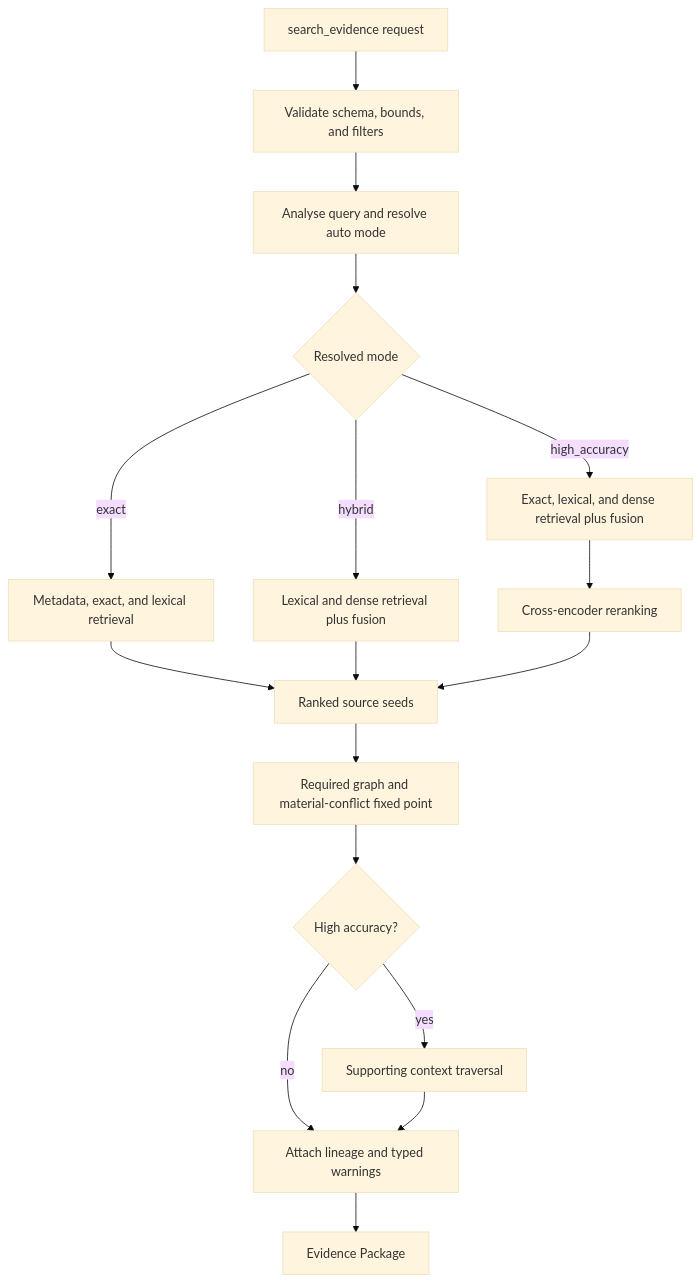
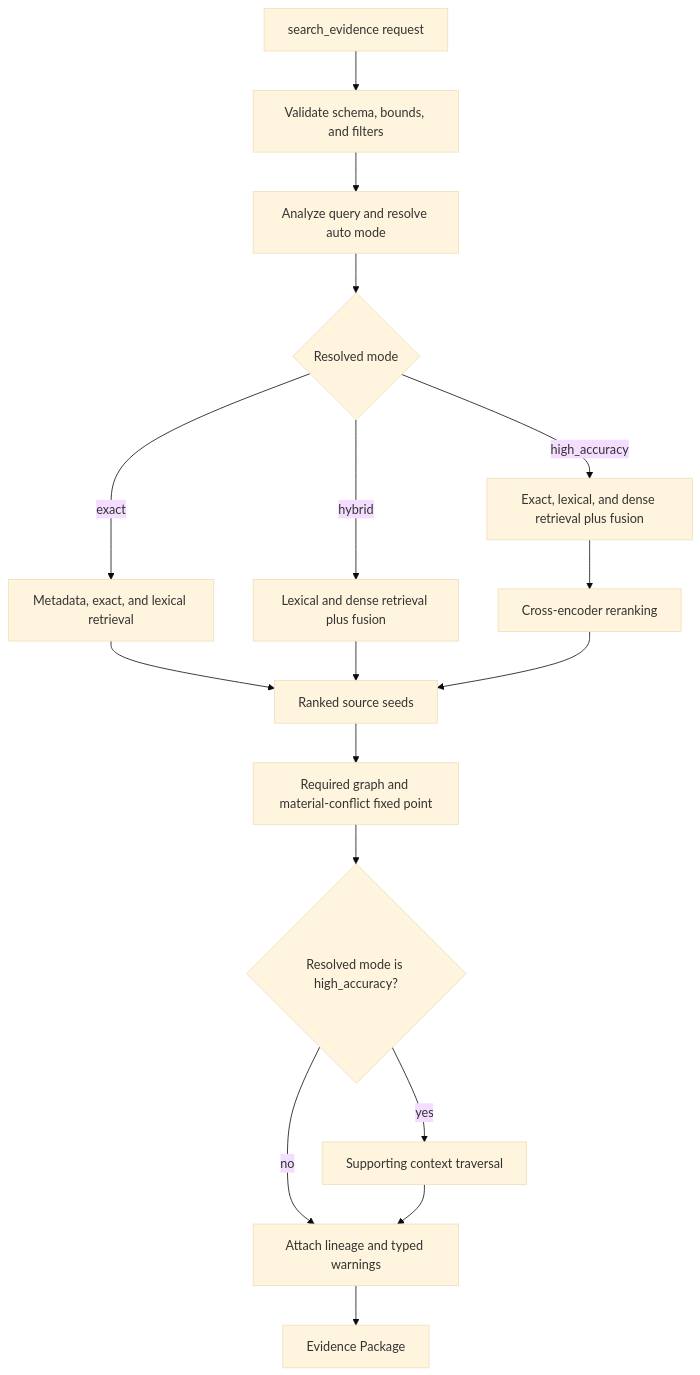
The fourth of 11 diagrams in docs/design.md (grammy-jiang/clause-sift), drawn with Mermaid (base theme) before and after one commit. The commit also changed other lines of this file, not shown here.

Commit message:
docs(design): align diagram terminology

````diff
--- a/docs/design.md
+++ b/docs/design.md
@@ -969,19 +969,19 @@
 ```mermaid
 flowchart TD
     REQ[search_evidence request] --> VALID[Validate schema, bounds, and filters]
-    VALID --> ANALYSE[Analyse query and resolve auto mode]
-    ANALYSE --> MODE{Resolved mode}
+    VALID --> ANALYZE[Analyze query and resolve auto mode]
+    ANALYZE --> MODE{Resolved mode}
     MODE -->|exact| EXACT[Metadata, exact, and lexical retrieval]
     MODE -->|hybrid| HYBRID[Lexical and dense retrieval plus fusion]
     MODE -->|high_accuracy| HIGH[Exact, lexical, and dense retrieval plus fusion]
     HIGH --> RERANK[Cross-encoder reranking]
     EXACT --> SEEDS[Ranked source seeds]
     HYBRID --> SEEDS
     RERANK --> SEEDS
     SEEDS --> REQUIRED[Required graph and material-conflict fixed point]
-    REQUIRED --> SUPPORT{High accuracy?}
+    REQUIRED --> SUPPORT{Resolved mode is high_accuracy?}
     SUPPORT -->|yes| OPTIONAL[Supporting context traversal]
     SUPPORT -->|no| SERIALIZE[Attach lineage and typed warnings]
     OPTIONAL --> SERIALIZE
     SERIALIZE --> PACKAGE[Evidence Package]
 ```
````
